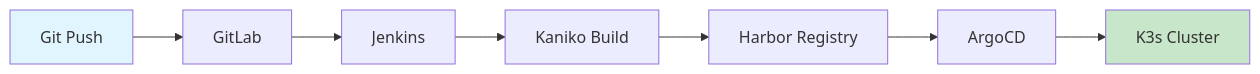
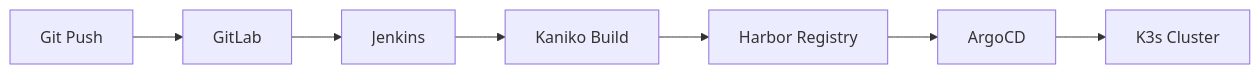
The second of 2 diagrams in README.md (zin39/devops-infrastructure), drawn with Mermaid before and after one commit. The commit also changed other lines of this file, not shown here.

Commit message:
Improve README with highlights, deployment flow, fix diagram colors

````diff
--- a/README.md
+++ b/README.md
@@ -58,12 +70,9 @@
 ```mermaid
 flowchart LR
     A[Git Push] --> B[GitLab]
     B --> C[Jenkins]
     C --> D[Kaniko Build]
     D --> E[Harbor Registry]
     E --> F[ArgoCD]
     F --> G[K3s Cluster]
-
-    style A fill:#e1f5fe
-    style G fill:#c8e6c9
 ```
````
